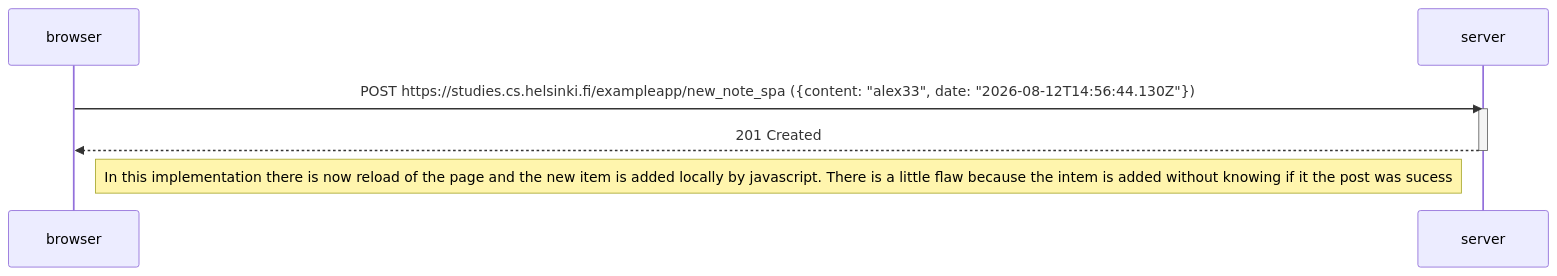
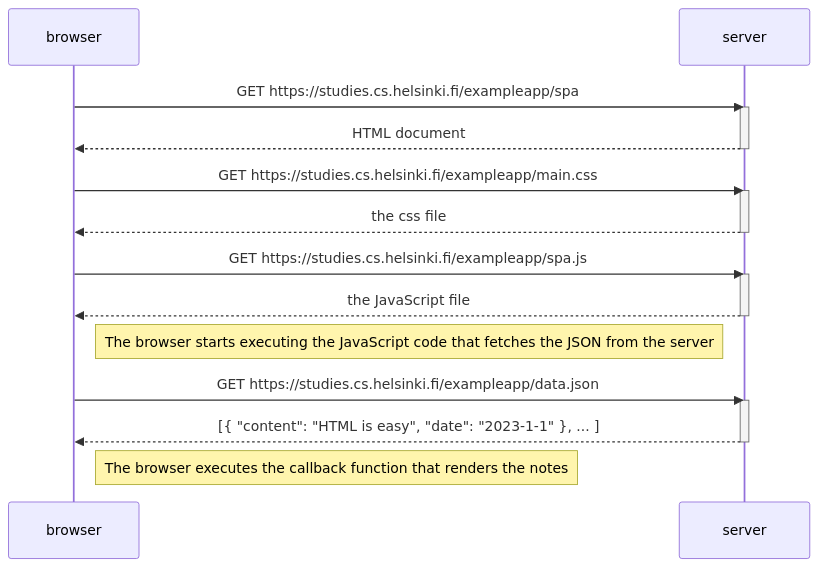
Before and after one commit to alexnavarro/fullstackopen: the diagram in part0/single-page-app-diagram.md, drawn with Mermaid. The commit also changed 1 other file, not shown here.

Commit message:
finish diagram

````diff
--- a/part0/single-page-app-diagram.md
+++ b/part0/single-page-app-diagram.md
@@ -1,12 +1,29 @@
 ```mermaid
 sequenceDiagram
     participant browser
     participant server
 
-    browser->>server: POST https://studies.cs.helsinki.fi/exampleapp/new_note_spa ({content: "alex33", date: "2026-08-12T14:56:44.130Z"})
+    browser->>server: GET https://studies.cs.helsinki.fi/exampleapp/spa
     activate server
-    server-->>browser: 201 Created
+    server-->>browser: HTML document
     deactivate server
 
-     Note right of browser: In this implementation there is now reload of the page and the new item is added locally by javascript. There is a little flaw because the intem is added without knowing if it the post was sucess
+    browser->>server: GET https://studies.cs.helsinki.fi/exampleapp/main.css
+    activate server
+    server-->>browser: the css file
+    deactivate server
+
+    browser->>server: GET https://studies.cs.helsinki.fi/exampleapp/spa.js
+    activate server
+    server-->>browser: the JavaScript file
+    deactivate server
+
+    Note right of browser: The browser starts executing the JavaScript code that fetches the JSON from the server
+
+    browser->>server: GET https://studies.cs.helsinki.fi/exampleapp/data.json
+    activate server
+    server-->>browser: [{ "content": "HTML is easy", "date": "2023-1-1" }, ... ]
+    deactivate server
+
+    Note right of browser: The browser executes the callback function that renders the notes
 ```
````
